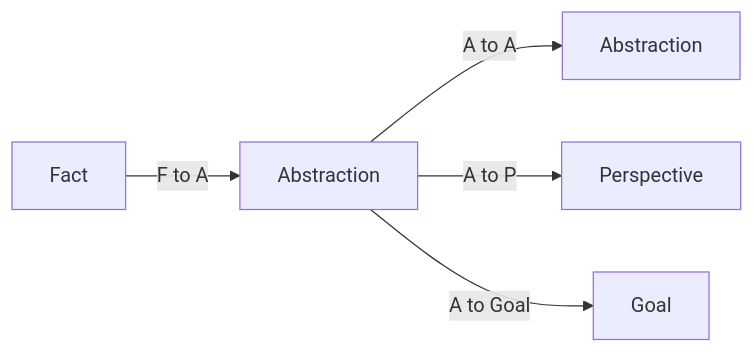
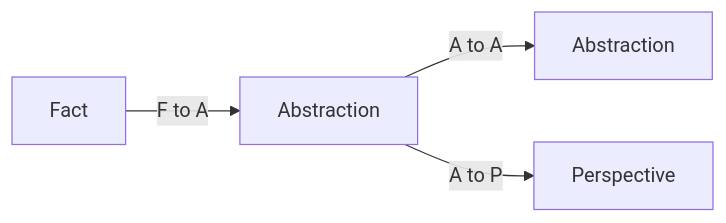
Before and after one commit to Aquilo-Solution-S/Proxima: the fifth of 6 diagrams in docs/concepts.md, drawn with Mermaid. The commit also changed other lines of this file and 5 other files, not shown here.

````diff
--- a/docs/concepts.md
+++ b/docs/concepts.md
@@ -39,7 +334,6 @@
 ```mermaid
 flowchart LR
     F[Fact] -->|F to A| A[Abstraction]
     A -->|A to A| A2[Abstraction]
     A -->|A to P| P[Perspective]
-    A -->|A to Goal| G[Goal]
 ```
````
